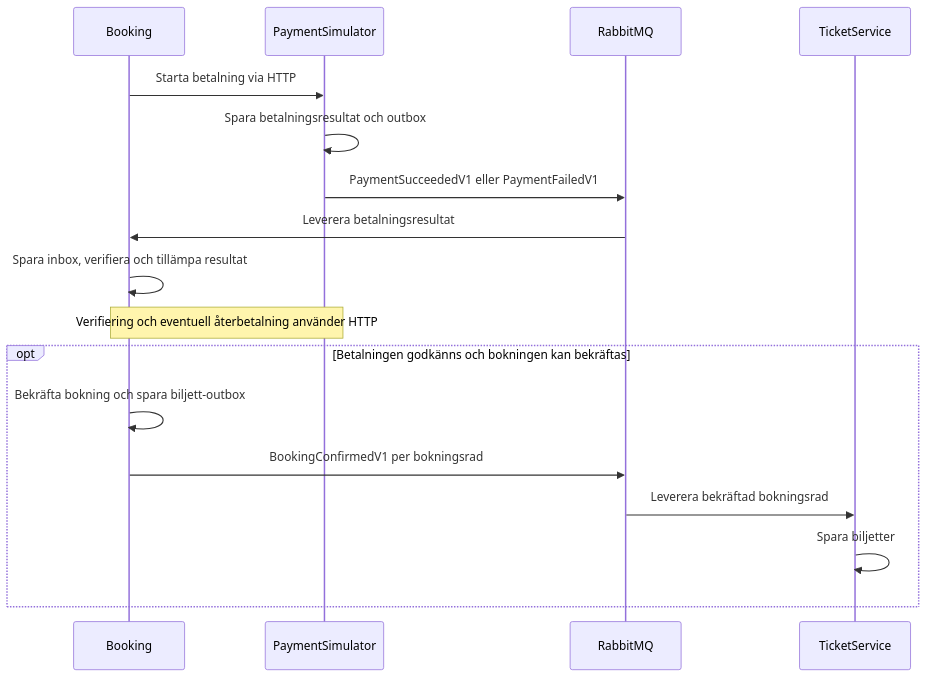
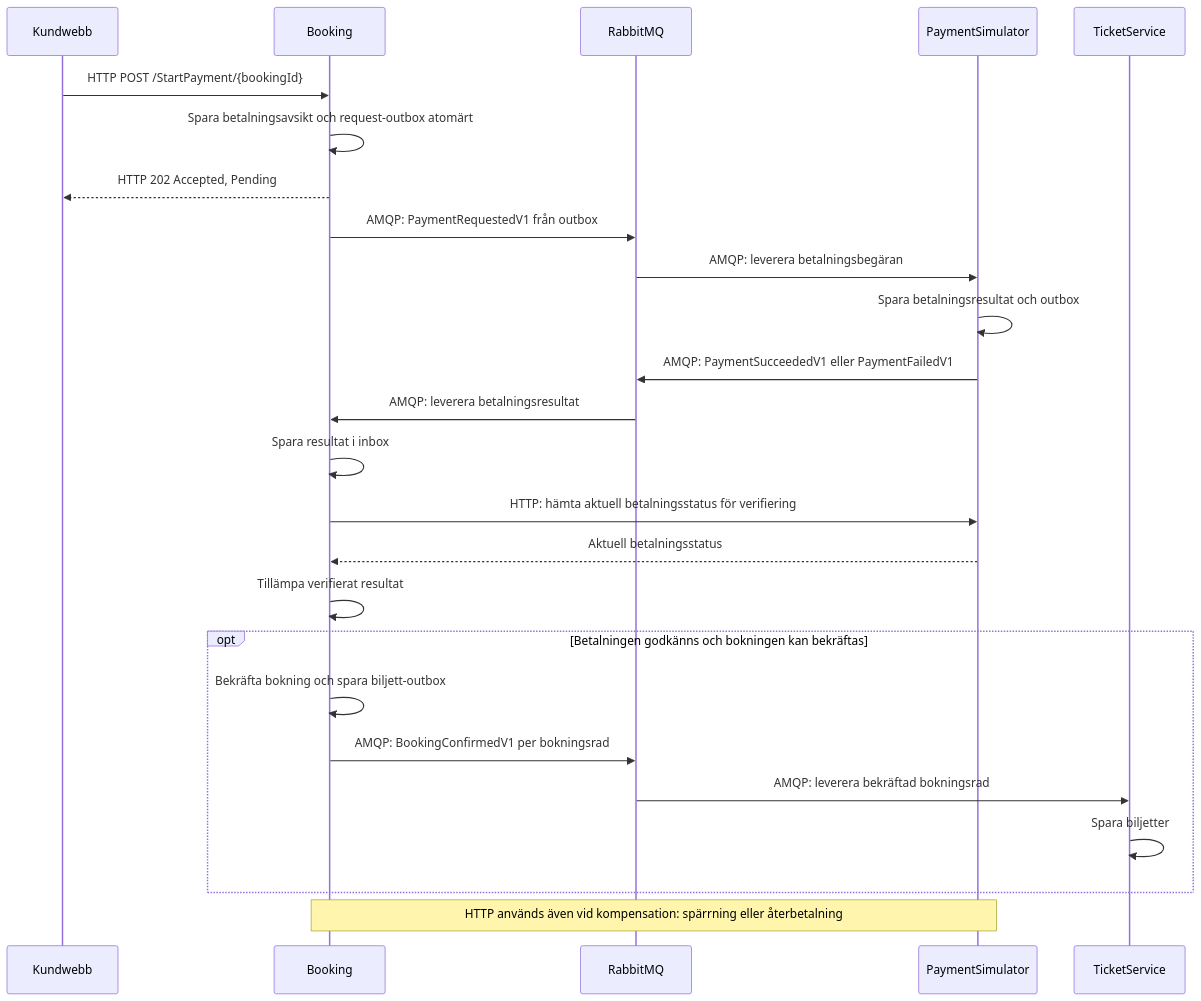
The diagram in docs/messaging.md (kimrodin/HalsingeLiveAB), drawn with Mermaid before and after one commit. The commit also changed other lines of this file and 19 other files, not shown here.

First line of the commit message:
Implement Payment Request Outbox for handling payment requests and reconciliation

````diff
--- a/docs/messaging.md
+++ b/docs/messaging.md
@@ -15,20 +15,28 @@
 ```mermaid
 sequenceDiagram
+    participant C as Kundwebb
     participant B as Booking
+    participant R as RabbitMQ
     participant P as PaymentSimulator
-    participant R as RabbitMQ
     participant T as TicketService
 
-    B->>P: Starta betalning via HTTP
+    C->>B: HTTP POST /StartPayment/{bookingId}
+    B->>B: Spara betalningsavsikt och request-outbox atomärt
+    B-->>C: HTTP 202 Accepted, Pending
+    B->>R: AMQP: PaymentRequestedV1 från outbox
+    R->>P: AMQP: leverera betalningsbegäran
     P->>P: Spara betalningsresultat och outbox
-    P->>R: PaymentSucceededV1 eller PaymentFailedV1
-    R->>B: Leverera betalningsresultat
-    B->>B: Spara inbox, verifiera och tillämpa resultat
-    Note over B,P: Verifiering och eventuell återbetalning använder HTTP
+    P->>R: AMQP: PaymentSucceededV1 eller PaymentFailedV1
+    R->>B: AMQP: leverera betalningsresultat
+    B->>B: Spara resultat i inbox
+    B->>P: HTTP: hämta aktuell betalningsstatus för verifiering
+    P-->>B: Aktuell betalningsstatus
+    B->>B: Tillämpa verifierat resultat
     opt Betalningen godkänns och bokningen kan bekräftas
         B->>B: Bekräfta bokning och spara biljett-outbox
-        B->>R: BookingConfirmedV1 per bokningsrad
-        R->>T: Leverera bekräftad bokningsrad
+        B->>R: AMQP: BookingConfirmedV1 per bokningsrad
+        R->>T: AMQP: leverera bekräftad bokningsrad
         T->>T: Spara biljetter
     end
+    Note over B,P: HTTP används även vid kompensation: spärrning eller återbetalning
 ```
````
